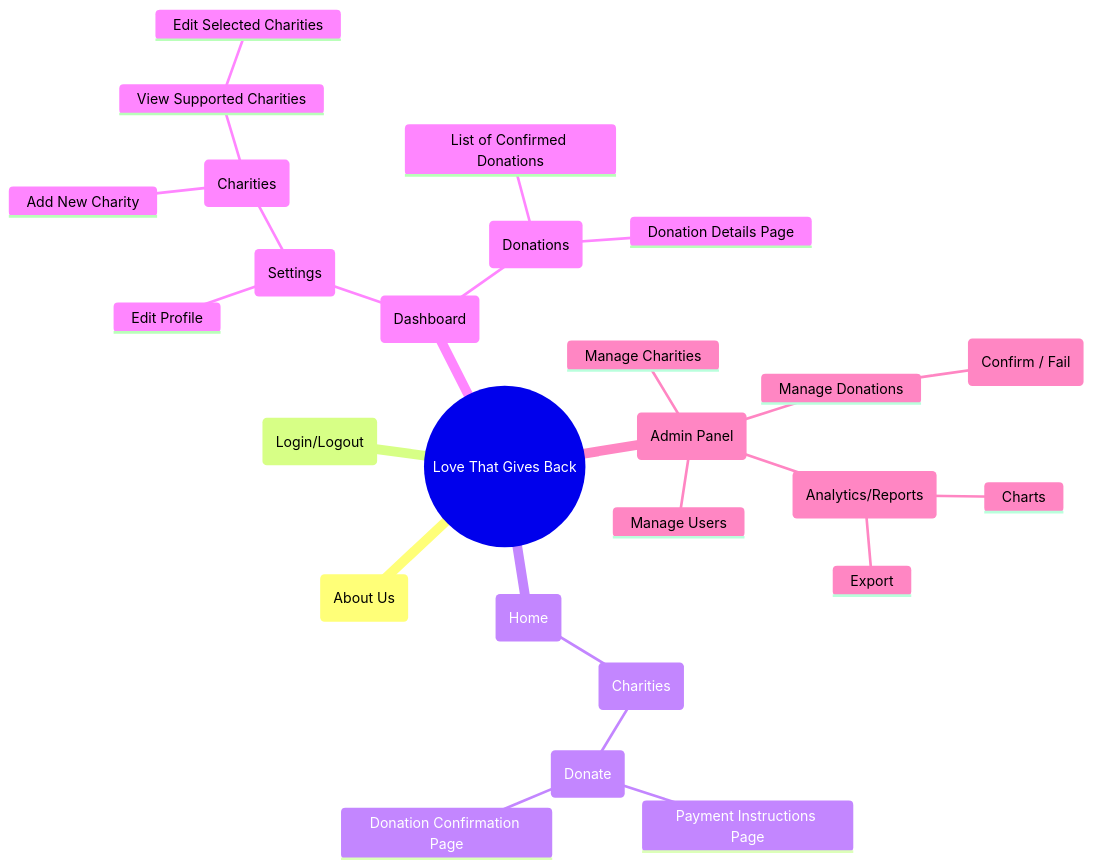
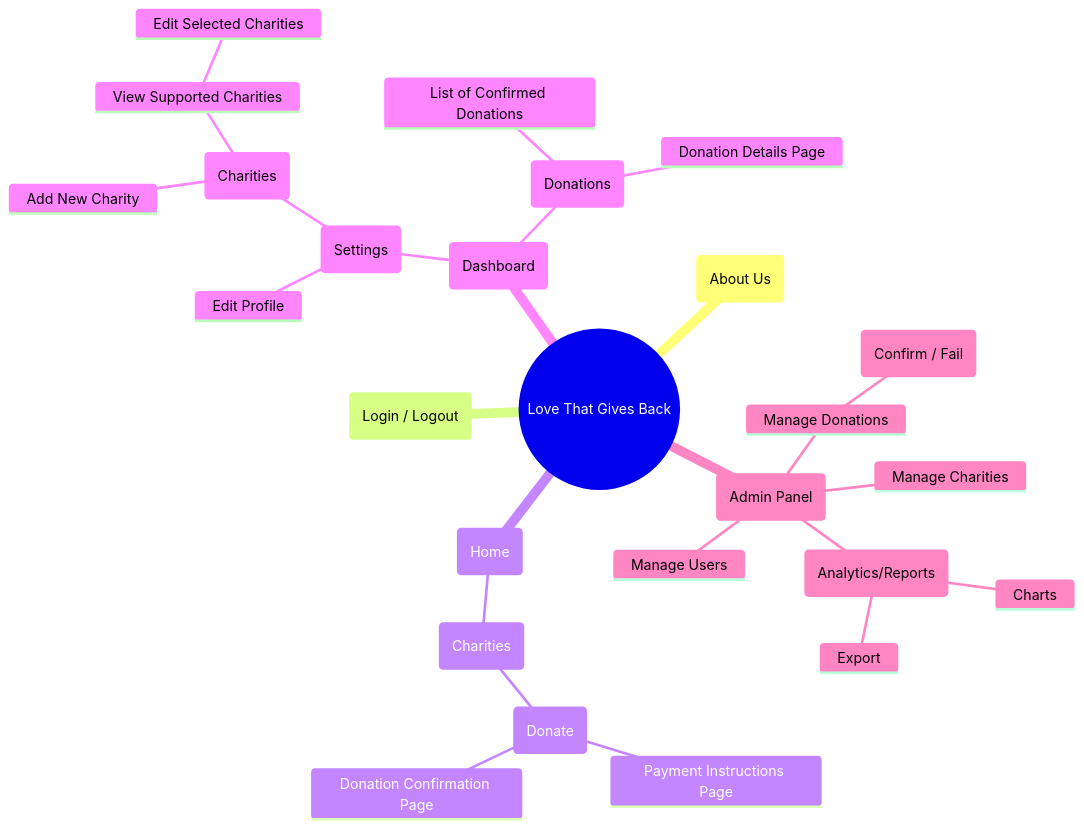
The second of 3 diagrams in README.md (alanmaizon/love), drawn with Mermaid before and after one commit.

````diff
--- a/README.md
+++ b/README.md
@@ -158,29 +158,29 @@
 ```mermaid
 mindmap
   root((Love That Gives Back))
       About / How It Works (About Us)
-      Login Page (Login/Logout)
+      Login Page (Login / Logout)
       Home Page (Home)
         Select Cause (Charities)
           Donation Form Page (Donate)
             Payment Instructions Page
            Donation Confirmation Page
       Couple Dashboard (Dashboard)
         Couple's Profile (Settings)
           Edit Profile
           Manage Supported Charities (Charities)
             Add New Charity
             View Supported Charities
               Edit Selected Charities
         View Donations (Donations)
           List of Confirmed Donations
           Donation Details Page
       Admin Dashboard (Admin Panel)
         Manage Donations
           (Confirm / Fail)
         View Overall Donation Statistics (Analytics/Reports)
           Charts
           Export
         Manage Users
         Manage Charities
 ```
````
